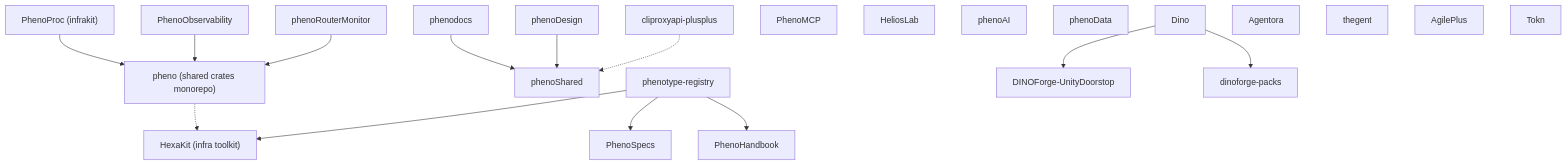
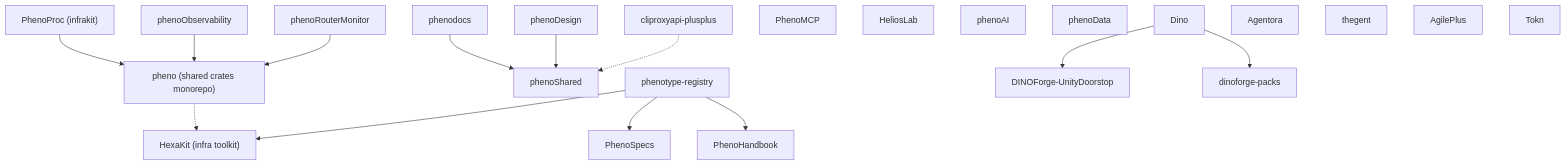
The diagram in ECOSYSTEM_MAP.md (KooshaPari/OmniRoute), drawn with Mermaid before and after one commit. The commit also changed other lines of this file, not shown here.

Commit message:
docs(phenotype-registry): normalize PhenoObservability/ → phenoObservability/ path refs in ECOSYSTEM_MAP

````diff
--- a/ECOSYSTEM_MAP.md
+++ b/ECOSYSTEM_MAP.md
@@ -91,39 +91,39 @@
 ```mermaid
 graph TD
     pheno["pheno (shared crates monorepo)"]
     HexaKit["HexaKit (infra toolkit)"]
     PhenoProc["PhenoProc (infrakit)"]
-    PhenoObservability["PhenoObservability"]
+    phenoObservability["phenoObservability"]
     phenoRouterMonitor["phenoRouterMonitor"]
     phenoShared["phenoShared"]
     phenodocs["phenodocs"]
     phenoDesign["phenoDesign"]
     cliproxyapi["cliproxyapi-plusplus"]
     PhenoMCP["PhenoMCP"]
     phenotype_registry["phenotype-registry"]
     PhenoSpecs["PhenoSpecs"]
     PhenoHandbook["PhenoHandbook"]
     HeliosLab["HeliosLab"]
     phenoAI["phenoAI"]
     phenoData["phenoData"]
     Dino["Dino"]
     DINOForge_ud["DINOForge-UnityDoorstop"]
     dinoforge_packs["dinoforge-packs"]
     Agentora["Agentora"]
     thegent["thegent"]
     AgilePlus["AgilePlus"]
     Tokn["Tokn"]
 
     PhenoProc --> pheno
-    PhenoObservability --> pheno
+    phenoObservability --> pheno
     phenoRouterMonitor --> pheno
     pheno -.-> HexaKit
     phenodocs --> phenoShared
     phenoDesign --> phenoShared
     phenotype_registry --> PhenoSpecs
     phenotype_registry --> HexaKit
     phenotype_registry --> PhenoHandbook
     Dino --> DINOForge_ud
     Dino --> dinoforge_packs
     cliproxyapi -.-> phenoShared
 ```
````
